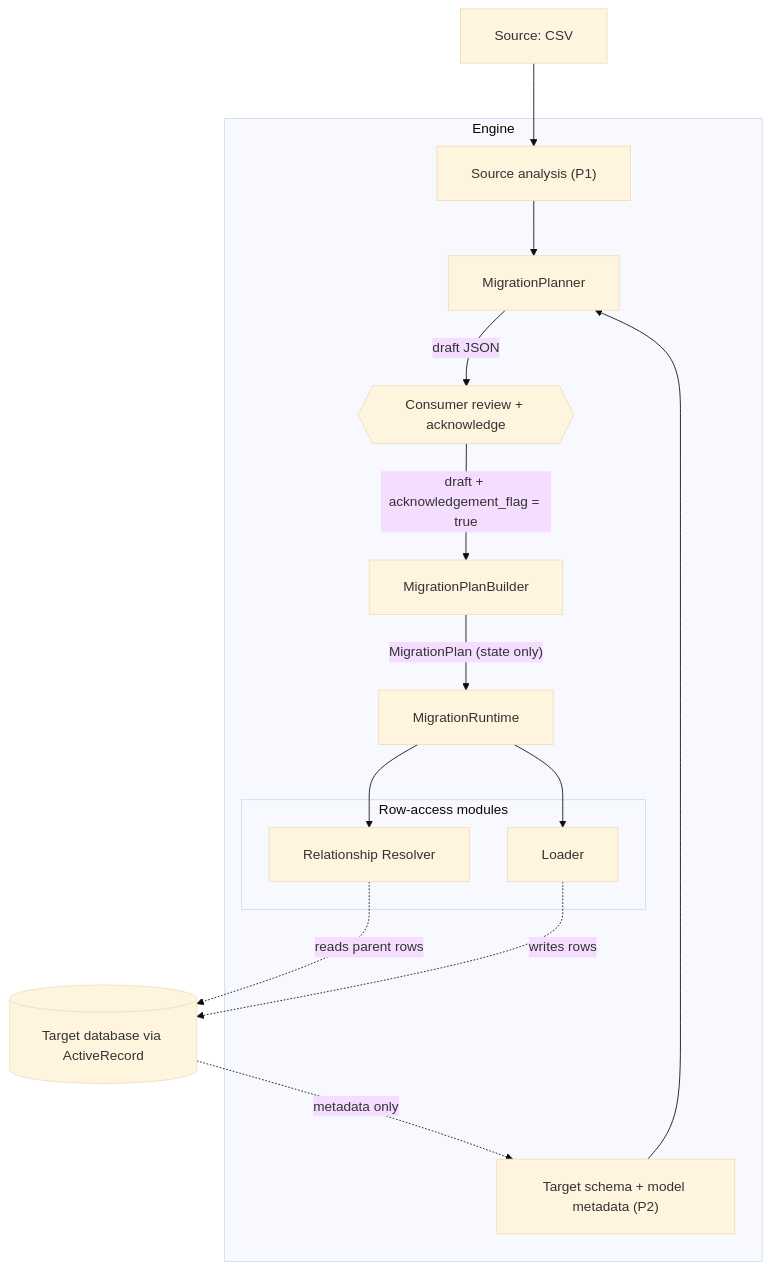
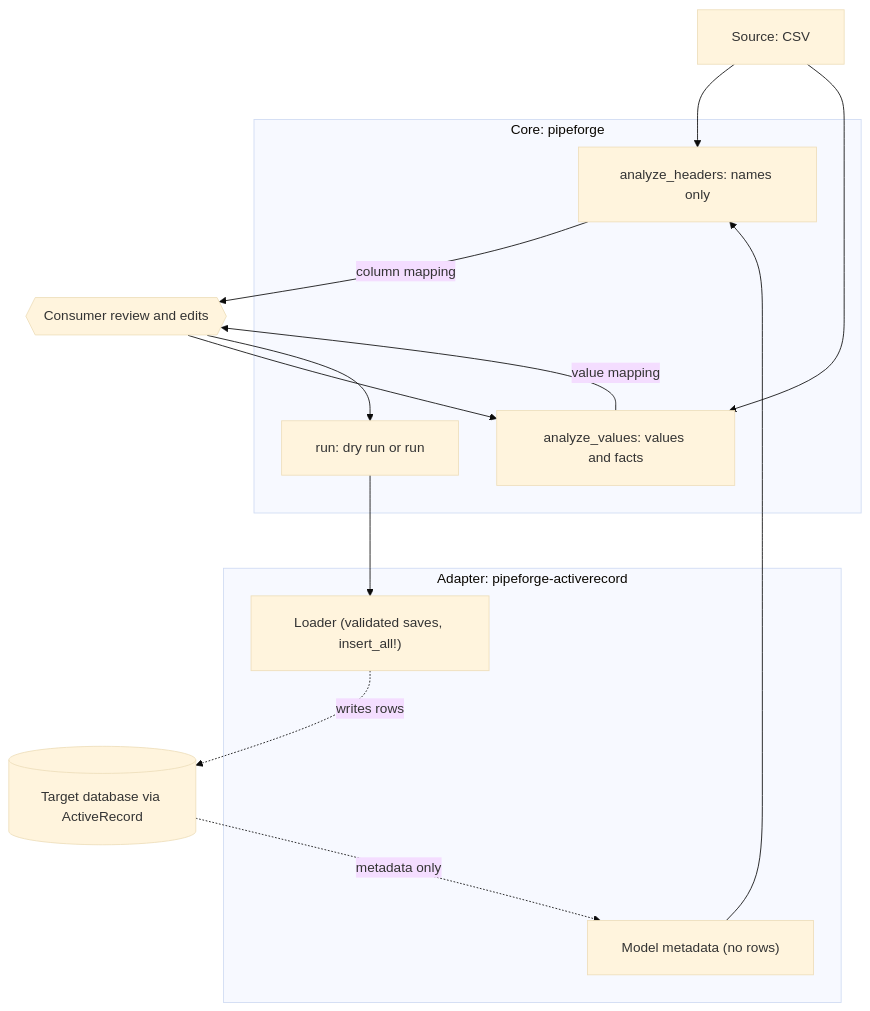
The diagram in README.md (venkydev02/Pipeforge), drawn with Mermaid (base theme) before and after one commit. The commit also changed other lines of this file and 4 other files, not shown here.

Commit message:
Update architecture and low-level decisions for runtime (#4)

````diff
--- a/README.md
+++ b/README.md
@@ -22,29 +22,29 @@
 ```mermaid
 %%{init: {'flowchart': {'nodeSpacing': 45, 'rankSpacing': 65, 'padding': 20}}}%%
 flowchart TD
     Source[Source: CSV]
     DB[(Target database via ActiveRecord)]
 
-    subgraph Engine["Engine"]
-        Analyzer["Source analysis (P1)"]
-        Schema["Target schema + model metadata (P2)"]
-        Planner[MigrationPlanner]
-        Edit{{Consumer review + acknowledge}}
-        Builder[MigrationPlanBuilder]
-        Runtime[MigrationRuntime]
-        subgraph Rows["Row-access modules"]
-            Resolver[Relationship Resolver]
-            Loader[Loader]
-        end
+    subgraph Core["Core: pipeforge"]
+        Headers["analyze_headers: names only"]
+        Values["analyze_values: values and facts"]
+        Run["run: dry run or run"]
     end
 
-    Source --> Analyzer --> Planner
-    DB -. "metadata only" .-> Schema --> Planner
-    Planner -->|"draft JSON"| Edit
-    Edit -->|"draft + acknowledgement_flag = true"| Builder
-    Builder -->|"MigrationPlan (state only)"| Runtime
-    Runtime --> Resolver
-    Runtime --> Loader
-    Resolver -. reads parent rows .-> DB
+    subgraph Adapter["Adapter: pipeforge-activerecord"]
+        Schema["Model metadata (no rows)"]
+        Loader["Loader (validated saves, insert_all!)"]
+    end
+
+    Edit{{"Consumer review and edits"}}
+
+    Source --> Headers
+    DB -. "metadata only" .-> Schema --> Headers
+    Headers -->|"column mapping"| Edit
+    Edit --> Values
+    Source --> Values
+    Values -->|"value mapping"| Edit
+    Edit --> Run
+    Run --> Loader
     Loader -. writes rows .-> DB
 ```
````
